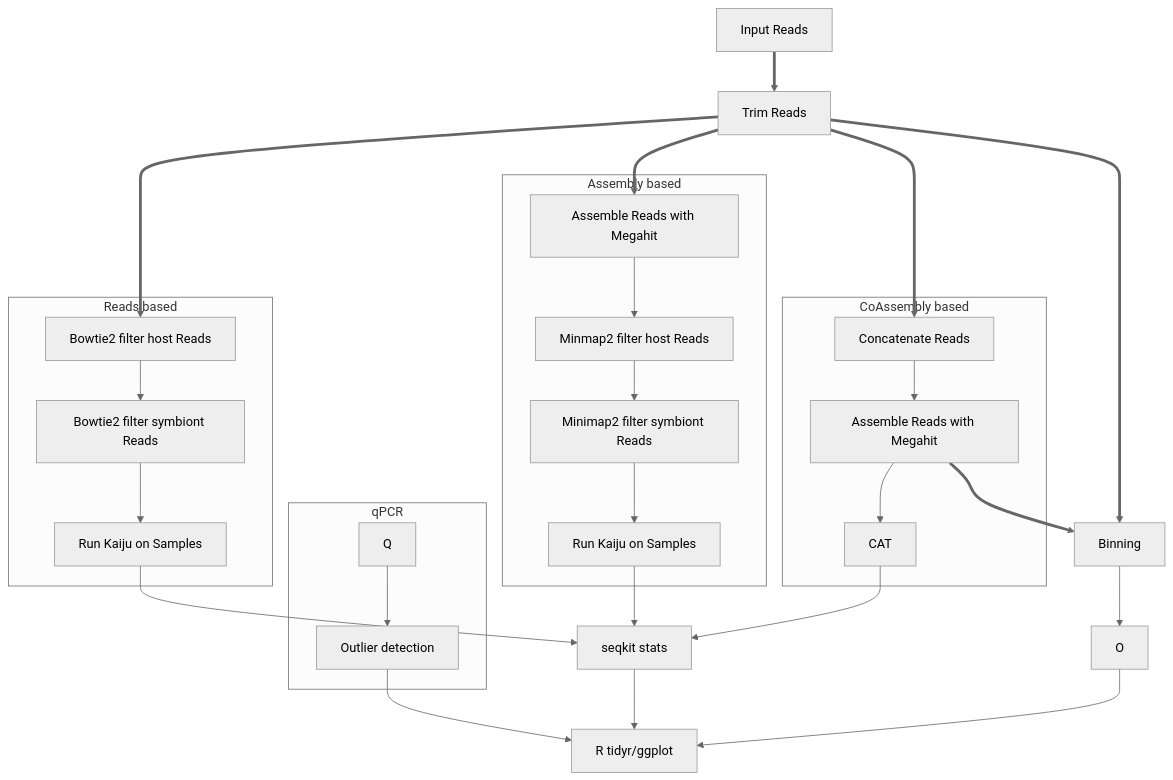
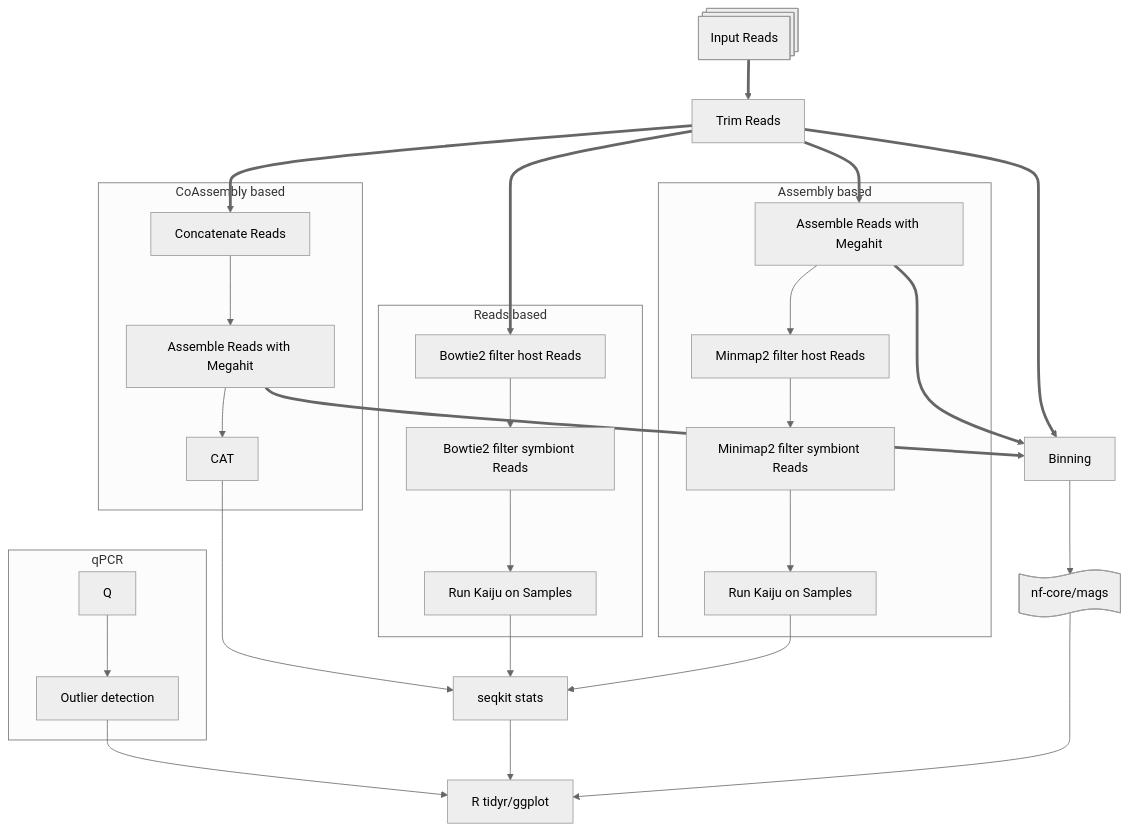
One commit to ColinL1/metaG_EukDepletion changed the diagram in README.md. Above: the diagram before and after it, drawn with Mermaid (neutral theme).

Commit message:
updated README.md to remove animations form mairmaid preview

````diff
--- a/README.md
+++ b/README.md
@@ -7,51 +7,53 @@
 ```mermaid
 
 flowchart TD
 
   subgraph qPCR
   %% Q@{ shape: procs, label: "qPCR Ct data"}
   Q --> R[Outlier detection]
 
   end
   R -->  P
   
-  %% A@{ shape: procs, label: "Input Reads"}
-  A["Input Reads"]
+  A@{ shape: procs, label: "Input Reads"}
+  A
   A  ==> B["Trim Reads"]
   %% @{ animate: true }
   B ==> C[Bowtie2 filter host Reads]
   
   subgraph Reads based 
 
   C --> D[Bowtie2 filter symbiont Reads]
   D --> E[Run Kaiju on Samples]
   end
   B ==> F[Assemble Reads with Megahit]
   subgraph Assembly based 
   F --> G[Minmap2 filter host Reads]
   G --> H[Minimap2 filter symbiont Reads]
   H --> J[Run Kaiju on Samples]
   end
   B ==> K[Concatenate Reads]
+
   subgraph CoAssembly based 
   K --> L[Assemble Reads with Megahit]
   L --> M[CAT]
   end
   L ==> N[Binning] 
+  F ==> N[Binning] 
 
   B ==> N[Binning] 
   %% e6@{ animate: true }
   
-  %% O@{ shape: paper-tape, label: "nf-core/mags"} 
+  O@{ shape: paper-tape, label: "nf-core/mags"} 
 
   N --> O
   
   S --> P[R tidyr/ggplot]
 
   M --> S[seqkit stats]
   E --> S
   J --> S
 
   O --> P
 
 ```
````
